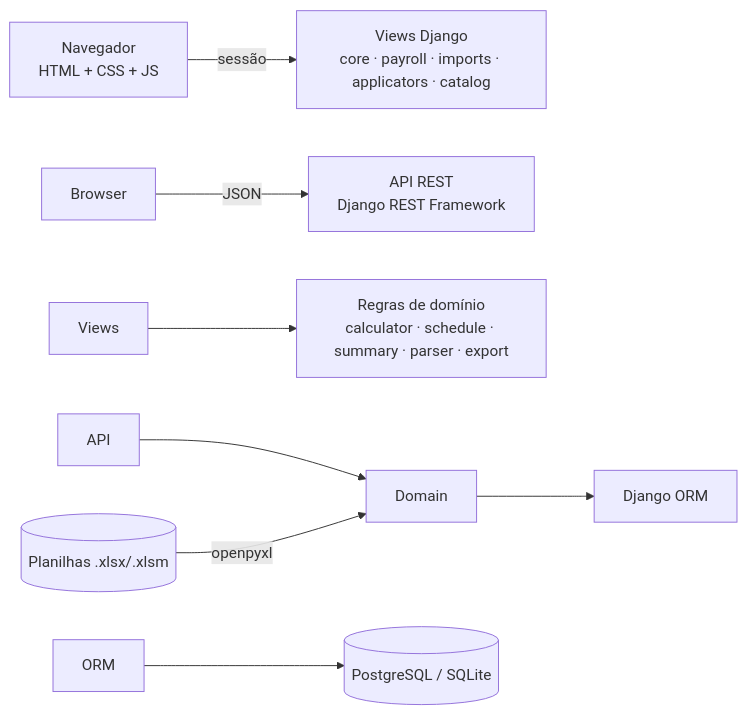
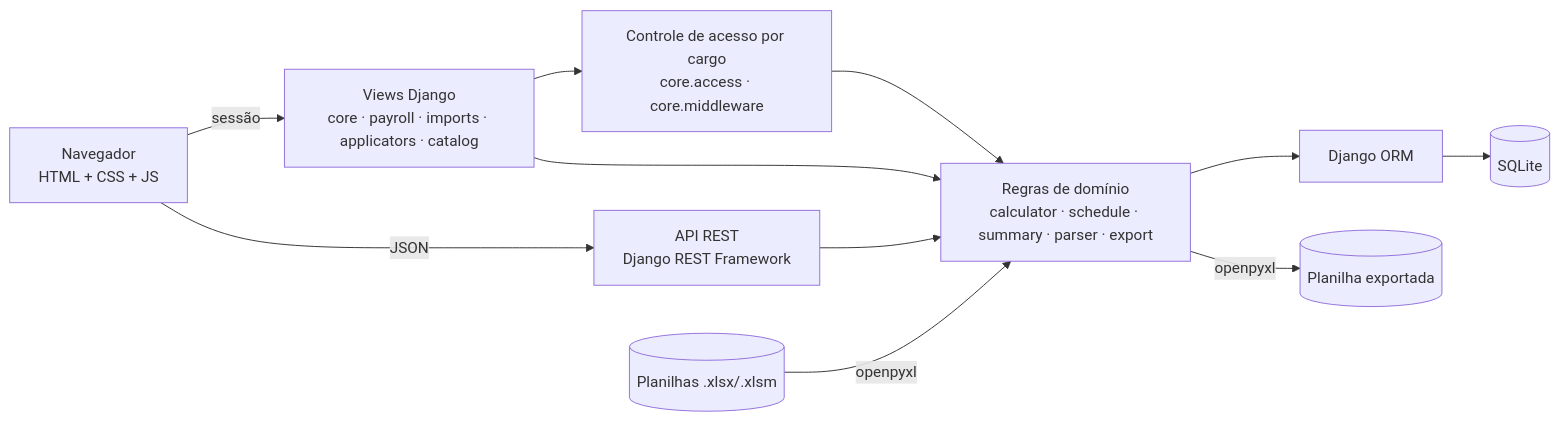
Before and after one commit to bernardozschaber/tp1-eng-soft: the fourth of 4 diagrams in README.md, drawn with Mermaid. The commit also changed other lines of this file, not shown here.

Commit message:
docs(readme): update UML diagrams, seed_demo and imports (4/4)

````diff
--- a/README.md
+++ b/README.md
@@ -388,10 +403,13 @@
 ```mermaid
 flowchart LR
-    Browser\\\[Navegador<br/>HTML + CSS + JS] -->|sessão| Views\\\[Views Django<br/>core · payroll · imports · applicators · catalog]
-    Browser -->|JSON| API\\\[API REST<br/>Django REST Framework]
-    Views --> Domain\\\[Regras de domínio<br/>calculator · schedule · summary · parser · export]
+    Browser[Navegador<br/>HTML + CSS + JS] -->|sessão| Views[Views Django<br/>core · payroll · imports · applicators · catalog]
+    Browser -->|JSON| API[API REST<br/>Django REST Framework]
+    Views --> Access[Controle de acesso por cargo<br/>core.access · core.middleware]
+    Access --> Domain[Regras de domínio<br/>calculator · schedule · summary · parser · export]
+    Views --> Domain
     API --> Domain
-    Domain --> ORM\\\[Django ORM]
-    ORM --> DB\\\[(PostgreSQL / SQLite)]
-    Excel\\\[(Planilhas .xlsx/.xlsm)] -->|openpyxl| Domain
+    Domain --> ORM[Django ORM]
+    ORM --> DB[(SQLite)]
+    Excel[(Planilhas .xlsx/.xlsm)] -->|openpyxl| Domain
+    Domain -->|openpyxl| Export[(Planilha exportada)]
 ```
````
